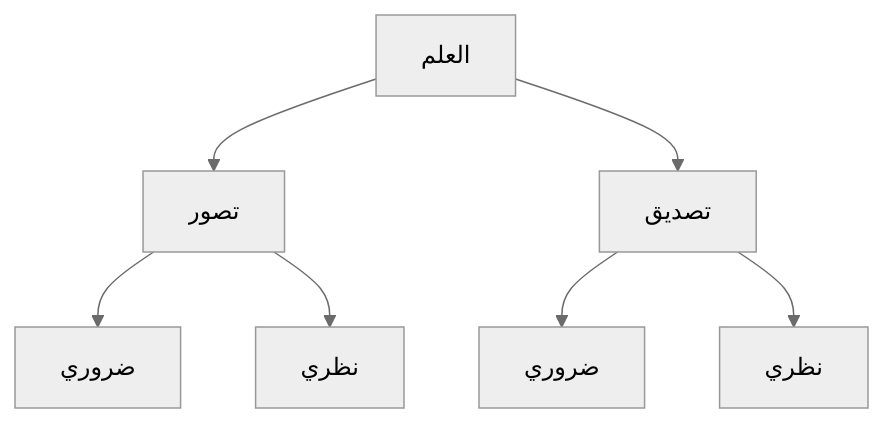
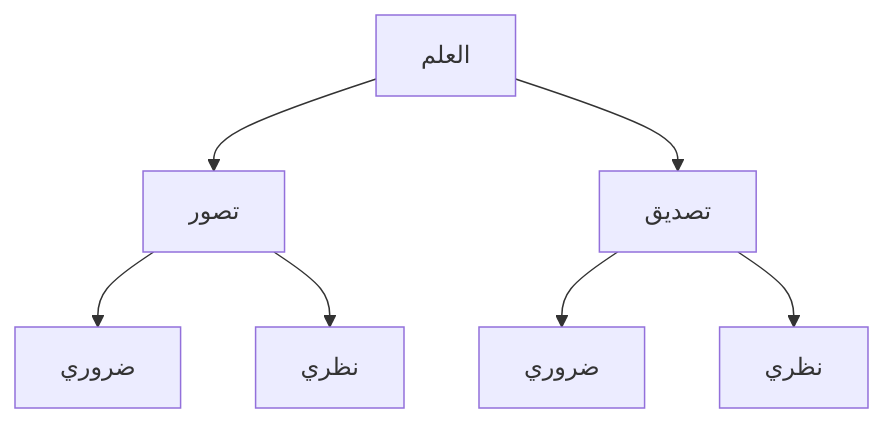
The diagram in content/pembagian-ilmu.md (haret-rum/mantiq), drawn with Mermaid before and after one commit. The commit also changed other lines of this file and 5 other files, not shown here.

````diff
--- a/content/pembagian-ilmu.md
+++ b/content/pembagian-ilmu.md
@@ -80,10 +74,9 @@
-```{.mermaid export_scale=5 width=400%}
-%%{init: {"theme":"neutral","themeVariables":{"primaryColor":"#4C78A8","primaryTextColor":"#ffffff","lineColor":"#6B6B6B","secondaryColor":"#999999","fontFamily":"Amiri"}}}%%
+```mermaid
 flowchart TD
 A[العلم] --> B[تصور]; 
 A --> C[تصديق]; 
 B --> D[ضروري]
 B --> E[نظري]
 C --> F[ضروري]
 C --> G[نظري]
 ```
````
